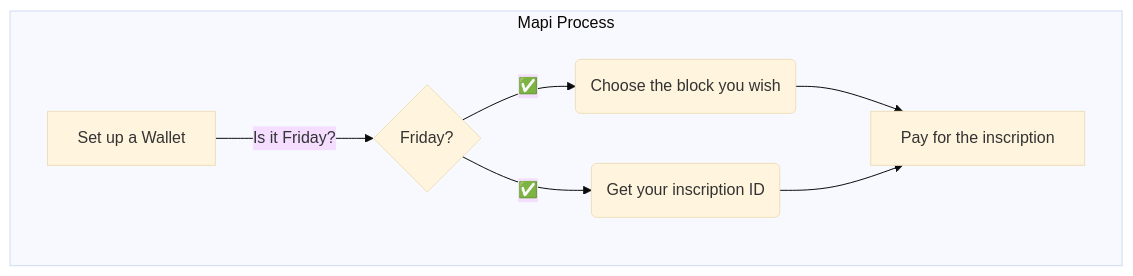
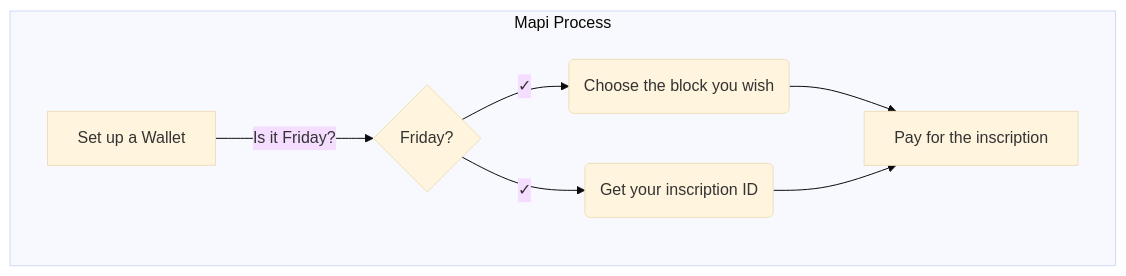
The diagram in README.md (3D4D5D/3D4D5D), drawn with Mermaid (base theme) before and after one commit. The commit also changed other lines of this file, not shown here.

````diff
--- a/README.md
+++ b/README.md
@@ -25,11 +18,11 @@
 ```mermaid
 graph TD
   subgraph Mapi Process
     A[Set up a Wallet] -->|Is it Friday?| B{Friday?}
-    B -- ✅ --> C(Choose the block you wish)
-    B -- ✅ --> D(Get your inscription ID)
+    B -- ✓ --> C(Choose the block you wish)
+    B -- ✓ --> D(Get your inscription ID)
     C --> E[Pay for the inscription]
     D --> E
   end
 
 ```
````
